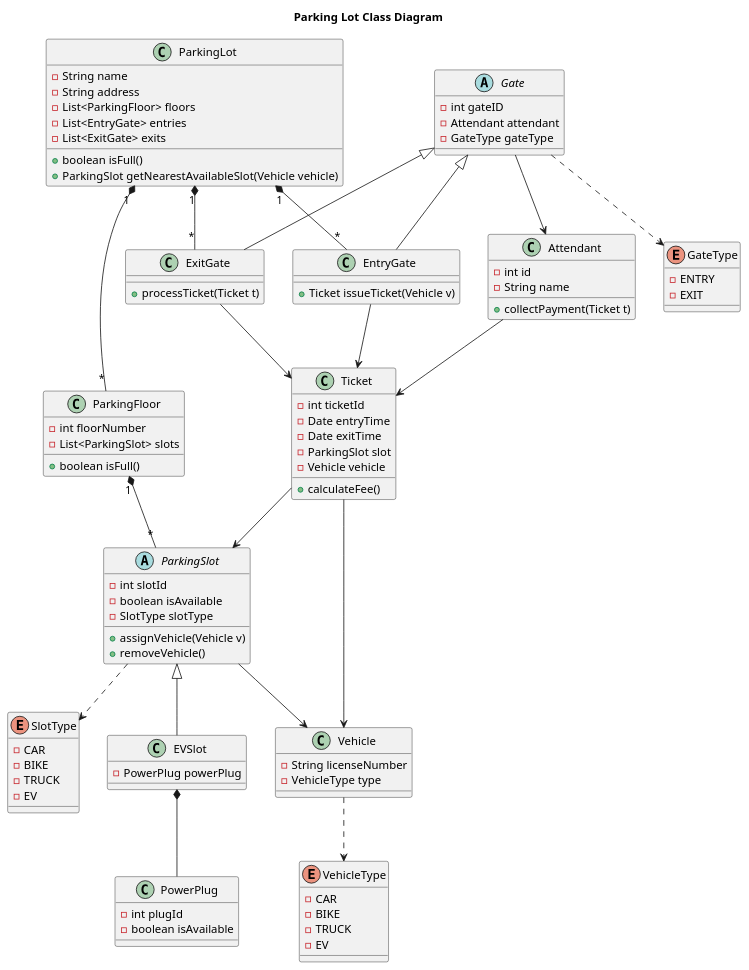
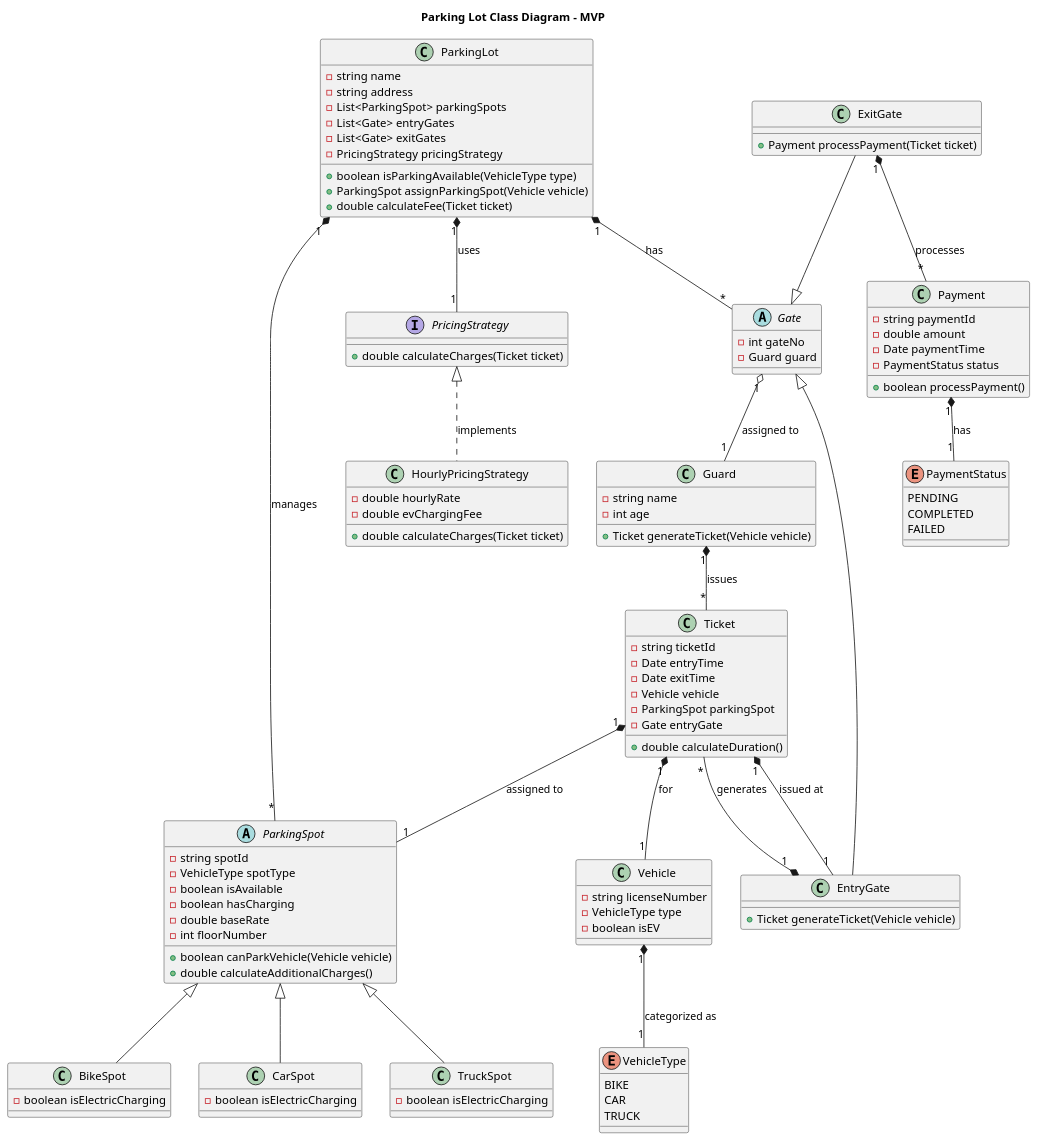
Before and after one commit to Swarnim114/parking-lot-lld: the diagram in classDiagram.puml, drawn with PlantUML. The commit also changed 19 other files, not shown here.

```diff
--- a/classDiagram.puml
+++ b/classDiagram.puml
@@ -1,108 +1,131 @@
 @startuml
-
-title Parking Lot Class Diagram 
+title Parking Lot Class Diagram - MVP
 
 class ParkingLot {
-    - String name 
-    - String address
-    - List<ParkingFloor> floors
-    - List<EntryGate> entries
-    - List<ExitGate> exits
-    +boolean isFull()
-    +ParkingSlot getNearestAvailableSlot(Vehicle vehicle)
+    - string name 
+    - string address 
+    - List<ParkingSpot> parkingSpots
+    - List<Gate> entryGates
+    - List<Gate> exitGates  
+    - PricingStrategy pricingStrategy
+    + boolean isParkingAvailable(VehicleType type)
+    + ParkingSpot assignParkingSpot(Vehicle vehicle)
+    + double calculateFee(Ticket ticket)
 }
 
-class ParkingFloor {
-    - int floorNumber
-    - List<ParkingSlot> slots
-    +boolean isFull()
+abstract class Gate {
+    - int gateNo 
+    - Guard guard 
 }
 
-abstract class ParkingSlot {
-    - int slotId
-    - boolean isAvailable
-    - SlotType slotType
-    +assignVehicle(Vehicle v)
-    +removeVehicle()
+class EntryGate {
+    + Ticket generateTicket(Vehicle vehicle)
 }
 
-class EVSlot extends ParkingSlot {
-    - PowerPlug powerPlug
+class ExitGate {
+    + Payment processPayment(Ticket ticket)
 }
 
-enum SlotType {
-    -CAR
-    -BIKE
-    -TRUCK
-    -EV
+class Guard {
+    - string name
+    - int age 
+    + Ticket generateTicket(Vehicle vehicle)
 }
 
-class PowerPlug {
-    - int plugId
-    - boolean isAvailable
+enum VehicleType {
+    BIKE
+    CAR
+    TRUCK
 }
 
 class Vehicle {
-    - String licenseNumber
+    - string licenseNumber
     - VehicleType type
-}
-
-enum VehicleType {
-    -CAR
-    -BIKE
-    -TRUCK
-    -EV
-}
-
-abstract class Gate {
-    - int gateID 
-    - Attendant attendant
-    - GateType gateType
-}
-
-enum GateType {
-    -ENTRY 
-    -EXIT
-}
-
-class EntryGate extends Gate {
-    +Ticket issueTicket(Vehicle v)
-}
-
-class ExitGate extends Gate {
-    +processTicket(Ticket t)
+    - boolean isEV
 }
 
 class Ticket {
-    - int ticketId
+    - string ticketId
     - Date entryTime
     - Date exitTime
-    - ParkingSlot slot
     - Vehicle vehicle
-    +calculateFee()
+    - ParkingSpot parkingSpot
+    - Gate entryGate
+    + double calculateDuration()
 }
 
-class Attendant {
-    - int id
-    - String name
-    +collectPayment(Ticket t)
+abstract class ParkingSpot {
+    - string spotId
+    - VehicleType spotType
+    - boolean isAvailable
+    - boolean hasCharging
+    - double baseRate
+    - int floorNumber
+    + boolean canParkVehicle(Vehicle vehicle)
+    + double calculateAdditionalCharges()
 }
 
-ParkingLot "1" *-- "*" ParkingFloor
-ParkingFloor "1" *-- "*" ParkingSlot
-ParkingSlot ..> SlotType
-EVSlot *-- PowerPlug
-Vehicle ..> VehicleType
-ParkingSlot --> Vehicle
-Gate ..> GateType
-EntryGate --> Ticket
-ExitGate --> Ticket
-Gate --> Attendant
-ParkingLot "1" *-- "*" EntryGate
-ParkingLot "1" *-- "*" ExitGate
-Ticket --> ParkingSlot
-Ticket --> Vehicle
-Attendant --> Ticket
+class BikeSpot {
+    - boolean isElectricCharging
+}
 
+class CarSpot {
+    - boolean isElectricCharging
+}
+
+class TruckSpot {
+    - boolean isElectricCharging
+}
+
+interface PricingStrategy {
+    + double calculateCharges(Ticket ticket)
+}
+
+class HourlyPricingStrategy {
+    - double hourlyRate
+    - double evChargingFee
+    + double calculateCharges(Ticket ticket)
+}
+
+class Payment {
+    - string paymentId
+    - double amount
+    - Date paymentTime
+    - PaymentStatus status
+    + boolean processPayment()
+}
+
+enum PaymentStatus {
+    PENDING
+    COMPLETED
+    FAILED
+}
+
+' Relationships
+ParkingLot "1" *-- "*" ParkingSpot : manages
+ParkingLot "1" *-- "*" Gate : has
+ParkingLot "1" *-- "1" PricingStrategy : uses
+
+Gate "1" o-- "1" Guard : assigned to
+EntryGate --|> Gate
+ExitGate --|> Gate
+
+ParkingSpot <|-- BikeSpot
+ParkingSpot <|-- CarSpot
+ParkingSpot <|-- TruckSpot
+
+Ticket "1" *-- "1" Vehicle : for
+Ticket "1" *-- "1" ParkingSpot : assigned to
+Ticket "1" *-- "1" EntryGate : issued at
+
+Vehicle "1" *-- "1" VehicleType : categorized as
+
+PricingStrategy <|.. HourlyPricingStrategy : implements
+
+ExitGate "1" *-- "*" Payment : processes
+Payment "1" *-- "1" PaymentStatus : has
+
+EntryGate "1" *-- "*" Ticket : generates
+Guard "1" *-- "*" Ticket : issues
 
 @enduml
```
